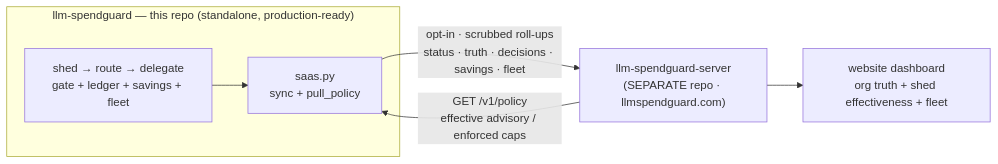
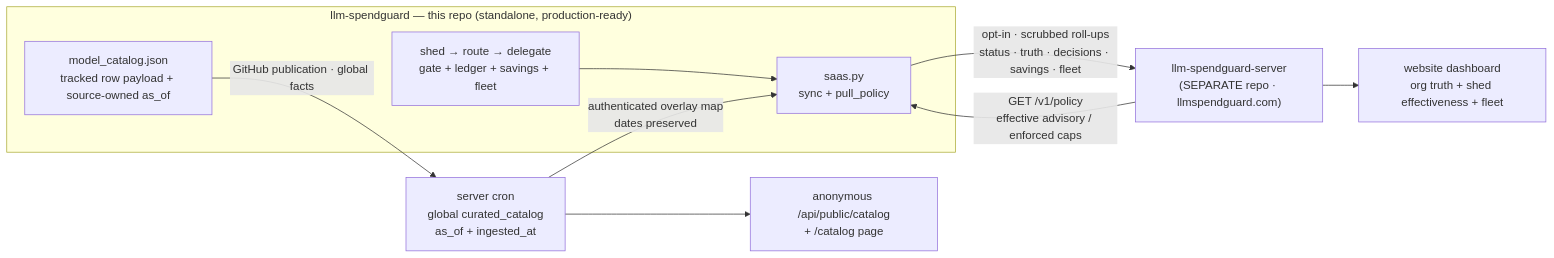
Before and after one commit to llmspendguard/llm-spendguard: the third of 4 diagrams in docs/ARCHITECTURE.md, drawn with Mermaid. The commit also changed 20 other files, not shown here.

First line of the commit message:
catalog: source-owned per-row as_of provenance + public-surface prep

````diff
--- a/docs/ARCHITECTURE.md
+++ b/docs/ARCHITECTURE.md
@@ -301,9 +301,13 @@
 ```mermaid
 flowchart LR
     subgraph client ["llm-spendguard — this repo (standalone, production-ready)"]
       GATE["shed → route → delegate<br/>gate + ledger + savings + fleet"] --> SAAS["saas.py<br/>sync + pull_policy"]
+      CATALOG["model_catalog.json<br/>tracked row payload + source-owned as_of"]
     end
     SAAS -->|"opt-in · scrubbed roll-ups<br/>status · truth · decisions · savings · fleet"| SERVER["llm-spendguard-server<br/>(SEPARATE repo · llmspendguard.com)"]
     SERVER -->|"GET /v1/policy<br/>effective advisory / enforced caps"| SAAS
     SERVER --> WEB["website dashboard<br/>org truth + shed effectiveness + fleet"]
+    CATALOG -->|"GitHub publication · global facts"| CURATED["server cron<br/>global curated_catalog<br/>as_of + ingested_at"]
+    CURATED --> PUBLIC["anonymous /api/public/catalog<br/>+ /catalog page"]
+    CURATED -->|"authenticated overlay map<br/>dates preserved"| SAAS
 ```
````
